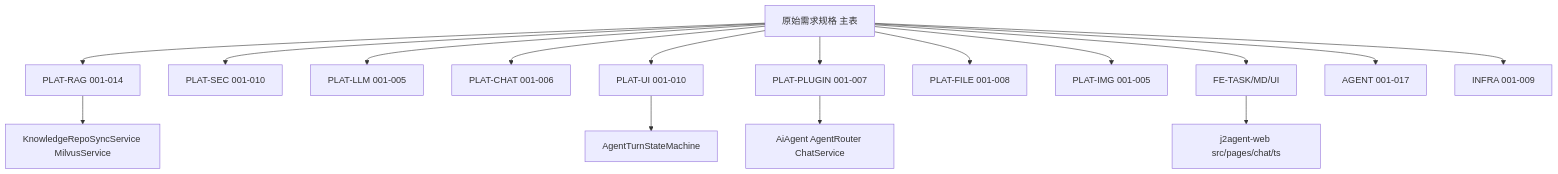
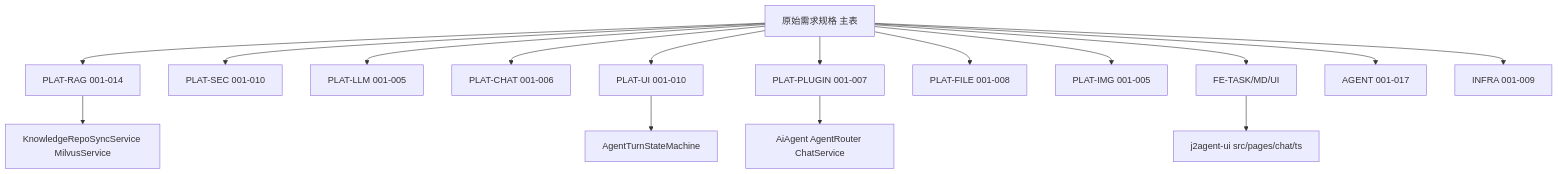
Before and after one commit to jerryt92/j2agent-docs: the diagram in 原始需求规格/README.md, drawn with Mermaid. The commit also changed other lines of this file and 6 other files, not shown here.

````diff
--- a/原始需求规格/README.md
+++ b/原始需求规格/README.md
@@ -109,19 +109,19 @@
 ```mermaid
 flowchart TB
   main[原始需求规格 主表]
   main --> platRAG[PLAT-RAG 001-014]
   main --> platSEC[PLAT-SEC 001-010]
   main --> platLLM[PLAT-LLM 001-005]
   main --> platCHAT[PLAT-CHAT 001-006]
   main --> platUI[PLAT-UI 001-010]
   main --> platPLUGIN[PLAT-PLUGIN 001-007]
   main --> platFILE[PLAT-FILE 001-008]
   main --> platIMG[PLAT-IMG 001-005]
   main --> fe[FE-TASK/MD/UI]
   main --> agent[AGENT 001-017]
   main --> infra[INFRA 001-009]
   platRAG --> codeRAG[KnowledgeRepoSyncService MilvusService]
   platPLUGIN --> codeAgent[AiAgent AgentRouter ChatService]
   platUI --> codeUI[AgentTurnStateMachine]
-  fe --> codeFE[j2agent-web src/pages/chat/ts]
+  fe --> codeFE[j2agent-ui src/pages/chat/ts]
 ```
````
